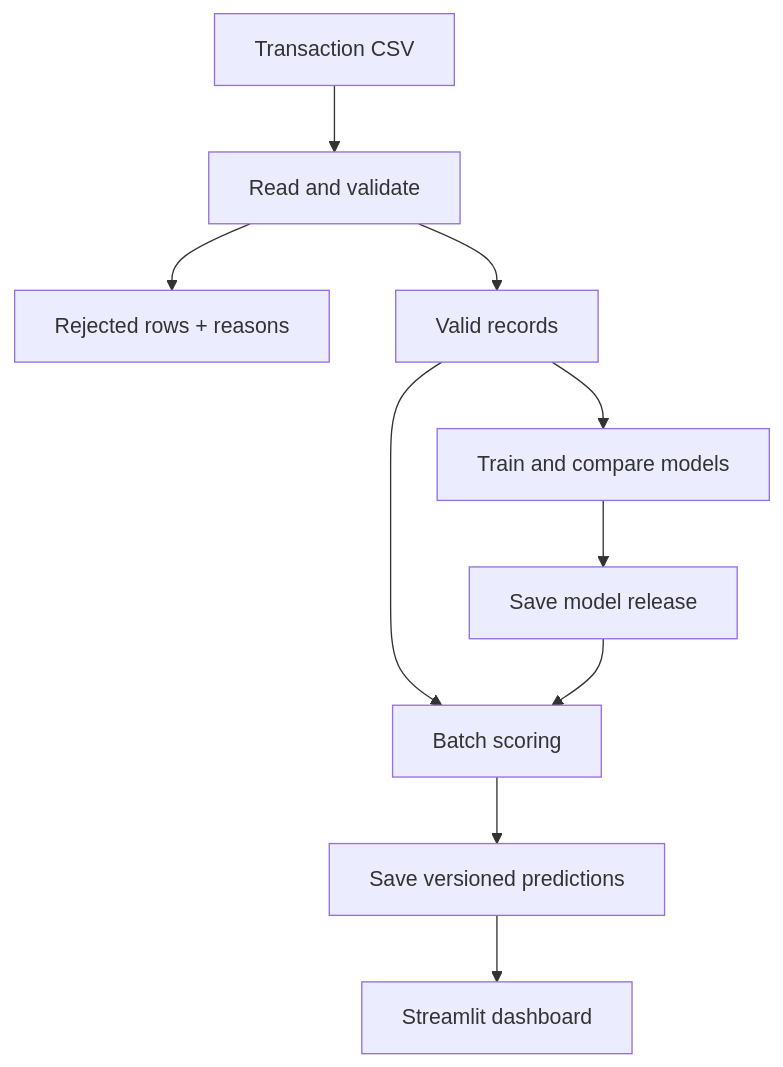
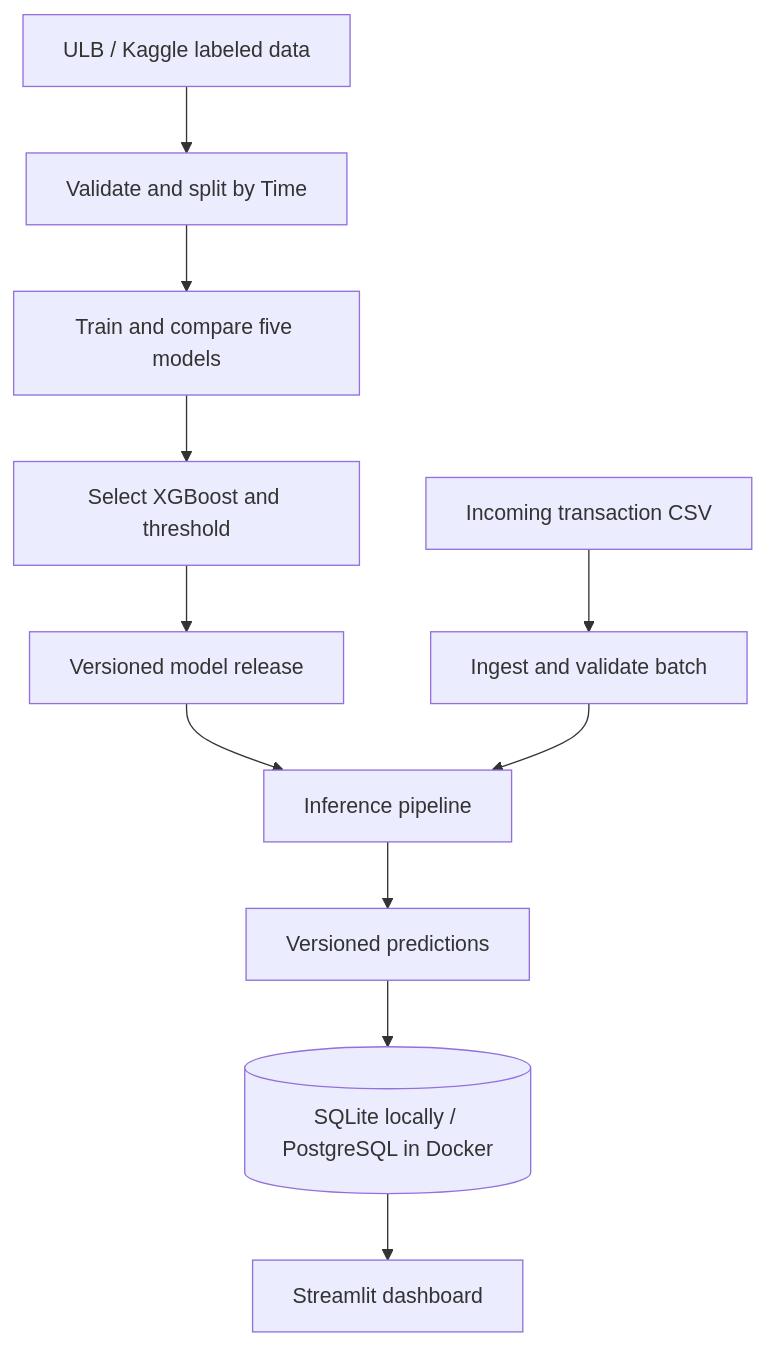
The diagram in README.md (Szin7/Credit-card-fraud-detection-FraudLens-), drawn with Mermaid before and after one commit. The commit also changed other lines of this file and 4 other files, not shown here.

````diff
--- a/README.md
+++ b/README.md
@@ -23,12 +61,13 @@
 ```mermaid
 flowchart TD
-    A[Transaction CSV] --> B[Read and validate]
-    B --> C[Rejected rows + reasons]
-    B --> D[Valid records]
-    D --> E[Train and compare models]
-    E --> F[Save model release]
-    D --> G[Batch scoring]
-    F --> G
-    G --> H[Save versioned predictions]
-    H --> I[Streamlit dashboard]
+    A[ULB / Kaggle labeled data] --> B[Validate and split by Time]
+    B --> C[Train and compare five models]
+    C --> D[Select XGBoost and threshold]
+    D --> E[Versioned model release]
+    F[Incoming transaction CSV] --> G[Ingest and validate batch]
+    E --> H[Inference pipeline]
+    G --> H
+    H --> I[Versioned predictions]
+    I --> J[(SQLite locally / PostgreSQL in Docker)]
+    J --> K[Streamlit dashboard]
 ```
````
